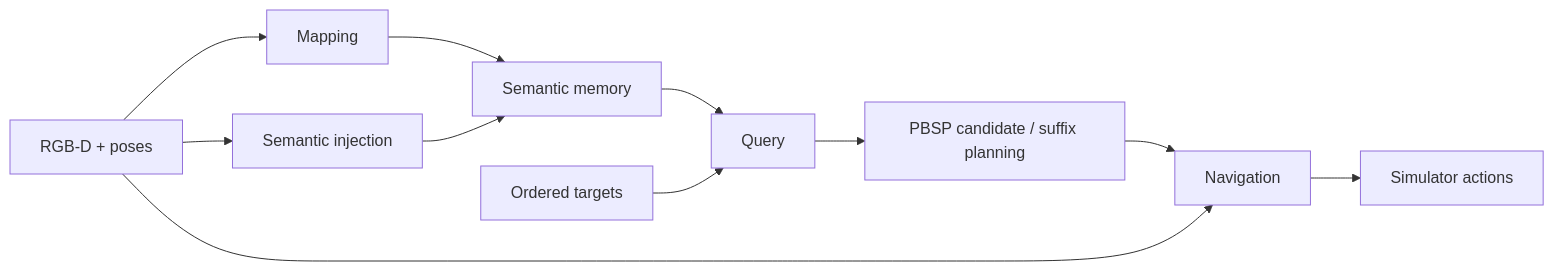
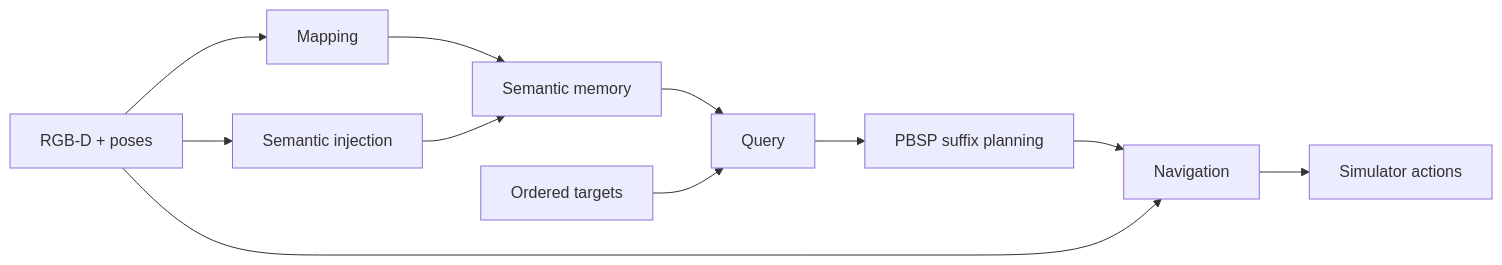
The diagram in README.md (pieceHk/ForesightNav), drawn with Mermaid before and after one commit. The commit also changed other lines of this file and 3242 other files, not shown here.

````diff
--- a/README.md
+++ b/README.md
@@ -21,13 +19,13 @@
 ```mermaid
 flowchart LR
     RGBD[RGB-D + poses] --> M[Mapping]
     RGBD --> S[Semantic injection]
     M --> SM[Semantic memory]
     S --> SM
     SM --> Q[Query]
     Tasks[Ordered targets] --> Q
-    Q --> P[PBSP candidate / suffix planning]
+    Q --> P[PBSP suffix planning]
     P --> N[Navigation]
     RGBD --> N
     N --> A[Simulator actions]
 ```
````
